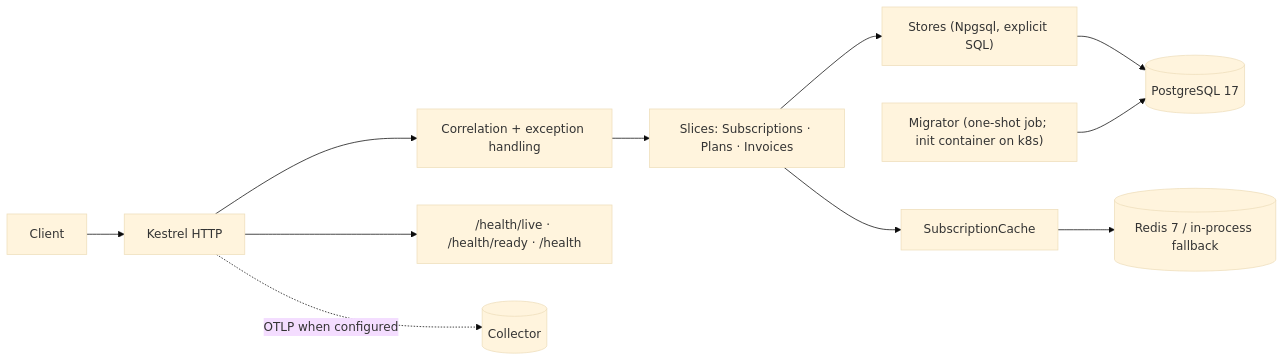
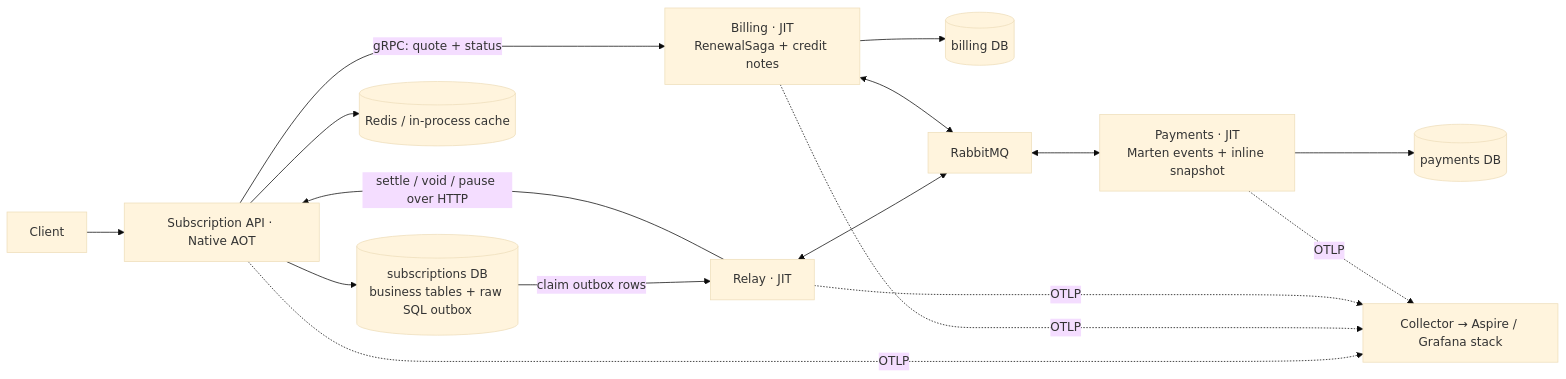
The first of 6 diagrams in README.md (ta3n/VerticalSliceSubsDotNetAOT), drawn with Mermaid (base theme) before and after one commit. The commit also changed other lines of this file and 184 other files, not shown here.

````diff
--- a/README.md
+++ b/README.md
@@ -14,13 +16,15 @@
 ```mermaid
 flowchart LR
-  C[Client] --> K[Kestrel HTTP]
-  K --> M[Correlation + exception handling]
-  M --> S["Slices: Subscriptions · Plans · Invoices"]
-  S --> ST["Stores (Npgsql, explicit SQL)"]
-  S --> CA[SubscriptionCache]
-  ST --> PG[(PostgreSQL 17)]
-  CA --> R[(Redis 7 / in-process fallback)]
-  MG["Migrator (one-shot job; init container on k8s)"] --> PG
-  K --> H["/health/live · /health/ready · /health"]
-  K -.OTLP when configured.-> OT[(Collector)]
+  C[Client] --> API["Subscription API · Native AOT"]
+  API --> DB[("subscriptions DB<br/>business tables + raw SQL outbox")]
+  API --> Cache[("Redis / in-process cache")]
+  API -- "gRPC: quote + status" --> B["Billing · JIT<br/>RenewalSaga + credit notes"]
+  B --> BDB[(billing DB)]
+  DB -- "claim outbox rows" --> R["Relay · JIT"]
+  R -- "settle / void / pause over HTTP" --> API
+  R <--> MQ[RabbitMQ]
+  B <--> MQ
+  MQ <--> P["Payments · JIT<br/>Marten events + inline snapshot"]
+  P --> PDB[(payments DB)]
+  API & B & R & P -. OTLP .-> OT["Collector → Aspire / Grafana stack"]
 ```
````
